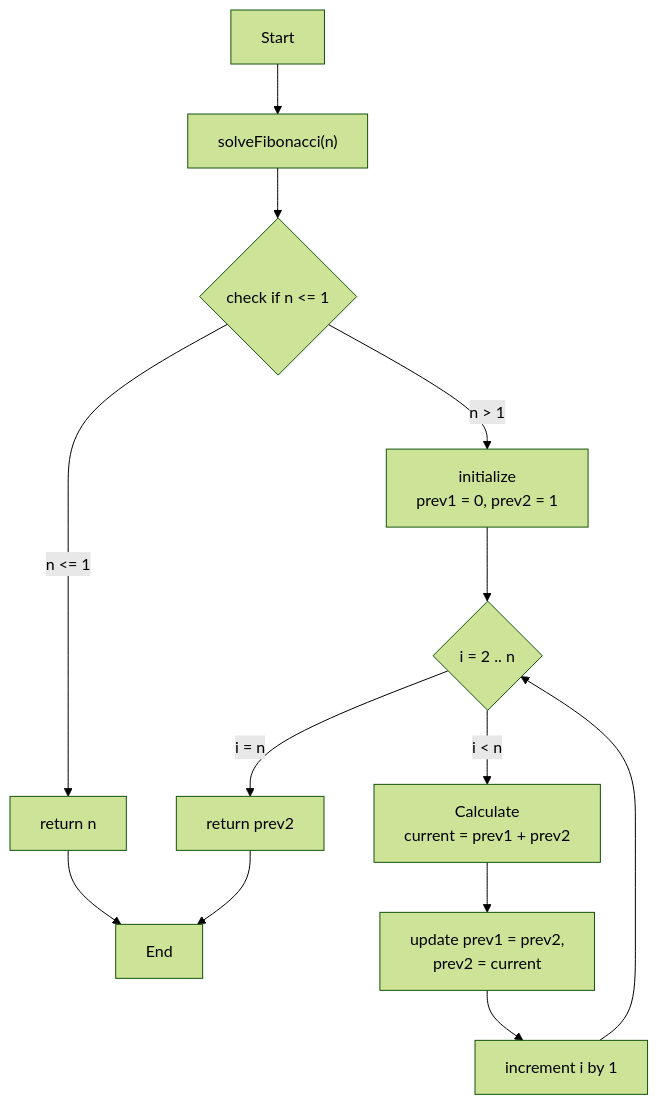
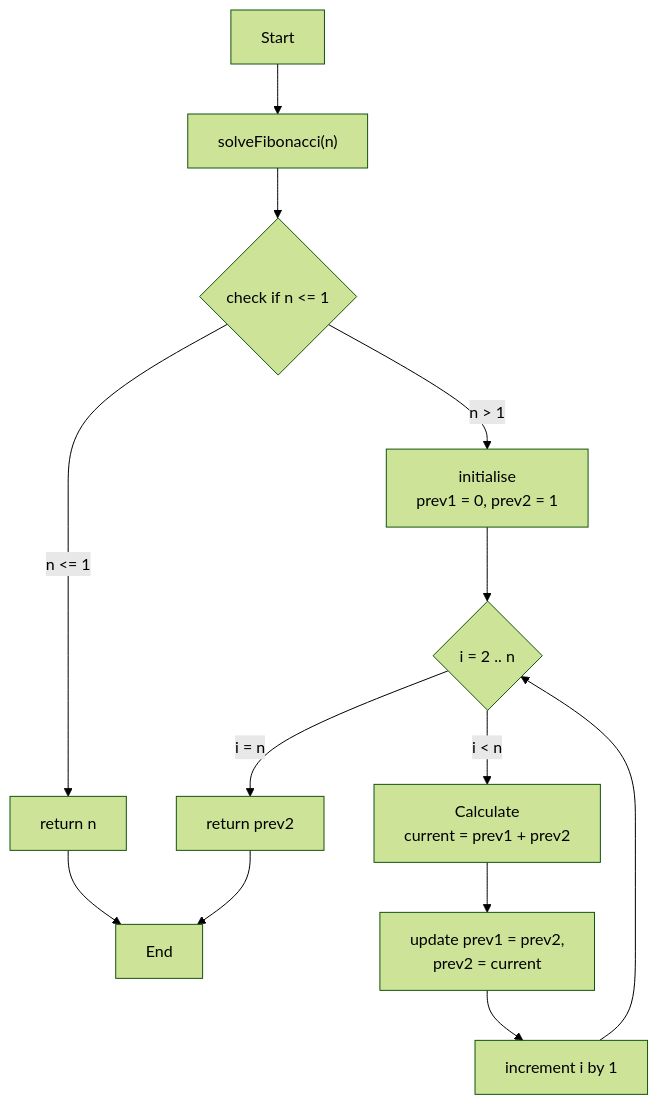
One commit to ruslanaprus/goit-academy-dev-hw05 changed the second of 5 diagrams in README.md. Above: the diagram before and after it, drawn with Mermaid (forest theme). The commit also changed other lines of this file, not shown here.

````diff
--- a/README.md
+++ b/README.md
@@ -34,19 +49,19 @@
 ```mermaid
 flowchart TD
     A[Start]
     A --> A1["solveFibonacci(n)"]
     A1 --> B{check if n <= 1}
     B -- " n <= 1 " --> C["return n"]
-    B -- " n > 1 " --> D["`initialize
+    B -- " n > 1 " --> D["`initialise
     prev1 = 0, prev2 = 1`"]
     D --> E{i = 2 .. n}
     E -- " i = n " --> K[return prev2]
     E -- " i < n " --> F["`Calculate
     current = prev1 + prev2`"]
     F --> H["`update prev1 = prev2,
     prev2 = current`"]
     H --> J[increment i by 1]
     J --> E
     C --> L[End]
     K --> L
 ```
````
